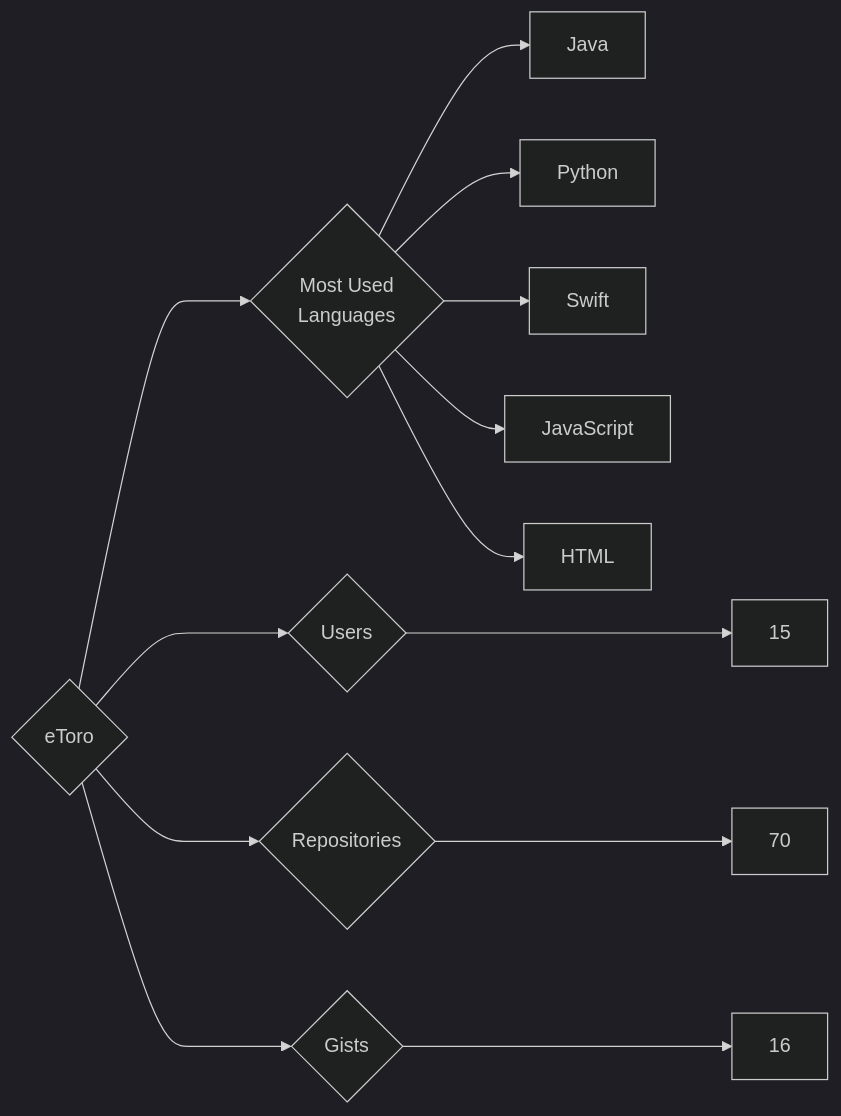
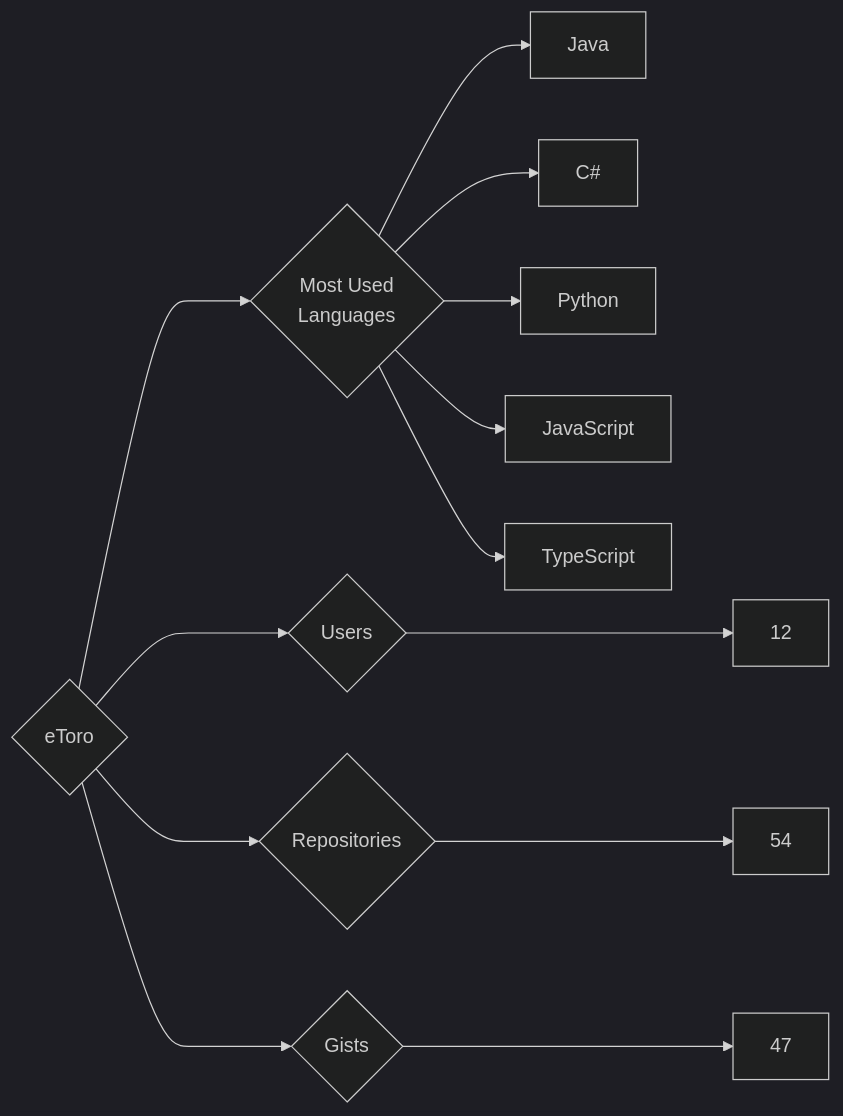
One commit to trickest/insiders changed the diagram in targets/eToro/README.md. Above: the diagram before and after it, drawn with Mermaid (dark theme). The commit also changed 786 other files, not shown here.

````diff
--- a/targets/eToro/README.md
+++ b/targets/eToro/README.md
@@ -3,13 +3,13 @@
 ```mermaid
 graph LR
 COMPANY_NAME{eToro}
-COMPANY_NAME ---> U{Users} ---> UN[15]
-COMPANY_NAME ---> R{Repositories} ---> RN[70]
-COMPANY_NAME ---> G{Gists} ---> GN[16]
+COMPANY_NAME ---> U{Users} ---> UN[12]
+COMPANY_NAME ---> R{Repositories} ---> RN[54]
+COMPANY_NAME ---> G{Gists} ---> GN[47]
 COMPANY_NAME ---> ML{Most Used<br>Languages}
 ML --> Java[Java]
+ML --> C#[C#]
 ML --> Python[Python]
-ML --> Swift[Swift]
 ML --> JavaScript[JavaScript]
-ML --> HTML[HTML]
+ML --> TypeScript[TypeScript]
 ```
````
